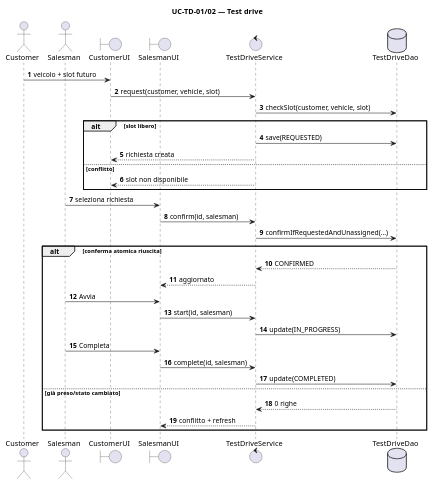
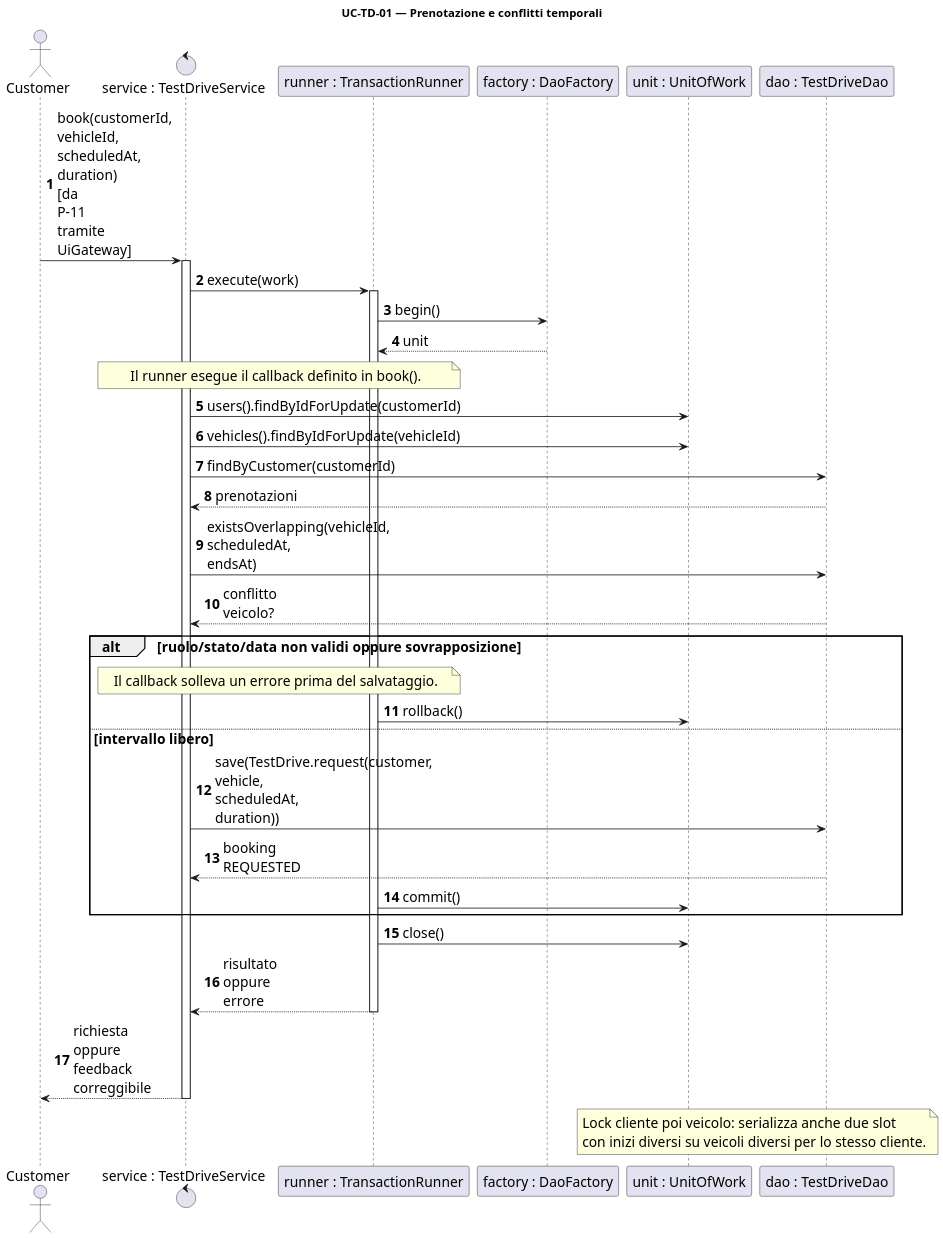
One commit to fededamo/SWE changed the diagram in DriveHub/docs/diagrams/sequence-test-drive.puml. Above: the diagram before and after it, drawn with PlantUML. The commit also changed 210 other files, not shown here.

```diff
--- a/DriveHub/docs/diagrams/sequence-test-drive.puml
+++ b/DriveHub/docs/diagrams/sequence-test-drive.puml
@@ -1,37 +1,47 @@
 @startuml
-title UC-TD-01/02 — Test drive
+!pragma layout smetana
+skinparam shadowing false
+skinparam defaultFontName SansSerif
+skinparam defaultFontSize 17
+skinparam classAttributeIconSize 0
+skinparam dpi 150
+title UC-TD-01 — Prenotazione e conflitti temporali
+skinparam maxMessageSize 55
 autonumber
 actor Customer
-actor Salesman
-boundary CustomerUI
-boundary SalesmanUI
-control TestDriveService
-database TestDriveDao
-
-Customer -> CustomerUI : veicolo + slot futuro
-CustomerUI -> TestDriveService : request(customer, vehicle, slot)
-TestDriveService -> TestDriveDao : checkSlot(customer, vehicle, slot)
-alt slot libero
-  TestDriveService -> TestDriveDao : save(REQUESTED)
-  TestDriveService --> CustomerUI : richiesta creata
-else conflitto
-  TestDriveService --> CustomerUI : slot non disponibile
+control "service : TestDriveService" as service
+participant "runner : TransactionRunner" as runner
+participant "factory : DaoFactory" as factory
+participant "unit : UnitOfWork" as unit
+participant "dao : TestDriveDao" as dao
+Customer -> service : book(customerId, vehicleId, scheduledAt, duration)\n[da P-11 tramite UiGateway]
+activate service
+service -> runner : execute(work)
+activate runner
+runner -> factory : begin()
+factory --> runner : unit
+note over service,runner : Il runner esegue il callback definito in book().
+service -> unit : users().findByIdForUpdate(customerId)
+service -> unit : vehicles().findByIdForUpdate(vehicleId)
+service -> dao : findByCustomer(customerId)
+dao --> service : prenotazioni
+service -> dao : existsOverlapping(vehicleId, scheduledAt, endsAt)
+dao --> service : conflitto veicolo?
+alt ruolo/stato/data non validi oppure sovrapposizione
+ note over service,runner : Il callback solleva un errore prima del salvataggio.
+ runner -> unit : rollback()
+else intervallo libero
+ service -> dao : save(TestDrive.request(customer, vehicle, scheduledAt, duration))
+ dao --> service : booking REQUESTED
+ runner -> unit : commit()
 end
-
-Salesman -> SalesmanUI : seleziona richiesta
-SalesmanUI -> TestDriveService : confirm(id, salesman)
-TestDriveService -> TestDriveDao : confirmIfRequestedAndUnassigned(...)
-alt conferma atomica riuscita
-  TestDriveDao --> TestDriveService : CONFIRMED
-  TestDriveService --> SalesmanUI : aggiornato
-  Salesman -> SalesmanUI : Avvia
-  SalesmanUI -> TestDriveService : start(id, salesman)
-  TestDriveService -> TestDriveDao : update(IN_PROGRESS)
-  Salesman -> SalesmanUI : Completa
-  SalesmanUI -> TestDriveService : complete(id, salesman)
-  TestDriveService -> TestDriveDao : update(COMPLETED)
-else già preso/stato cambiato
-  TestDriveDao --> TestDriveService : 0 righe
-  TestDriveService --> SalesmanUI : conflitto + refresh
-end
+runner -> unit : close()
+runner --> service : risultato oppure errore
+deactivate runner
+service --> Customer : richiesta oppure feedback correggibile
+deactivate service
+note over unit,dao
+  Lock cliente poi veicolo: serializza anche due slot
+  con inizi diversi su veicoli diversi per lo stesso cliente.
+end note
 @enduml
```
